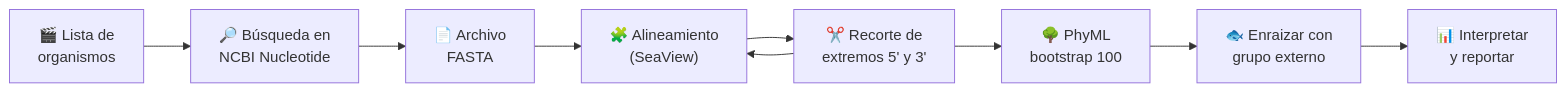
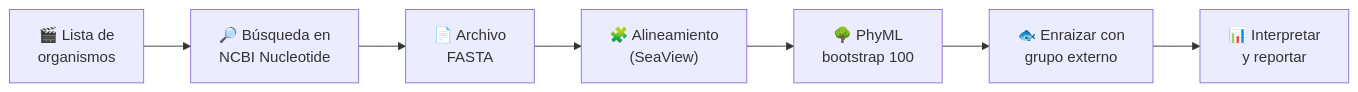
One commit to rgescobedo/filogenia-hemoglobina changed the diagram in README.md. Above: the diagram before and after it, drawn with Mermaid. The commit also changed other lines of this file and 13 other files, not shown here.

````diff
--- a/README.md
+++ b/README.md
@@ -47,11 +49,9 @@
 ```mermaid
 flowchart LR
     A["🎬 Lista de<br/>organismos"] --> B["🔎 Búsqueda en<br/>NCBI Nucleotide"]
     B --> C["📄 Archivo<br/>FASTA"]
     C --> D["🧩 Alineamiento<br/>(SeaView)"]
-    D --> E["✂️ Recorte de<br/>extremos 5' y 3'"]
-    E --> D
-    E --> F["🌳 PhyML<br/>bootstrap 100"]
+    D --> F["🌳 PhyML<br/>bootstrap 100"]
     F --> G["🐟 Enraizar con<br/>grupo externo"]
     G --> H["📊 Interpretar<br/>y reportar"]
 ```
````
